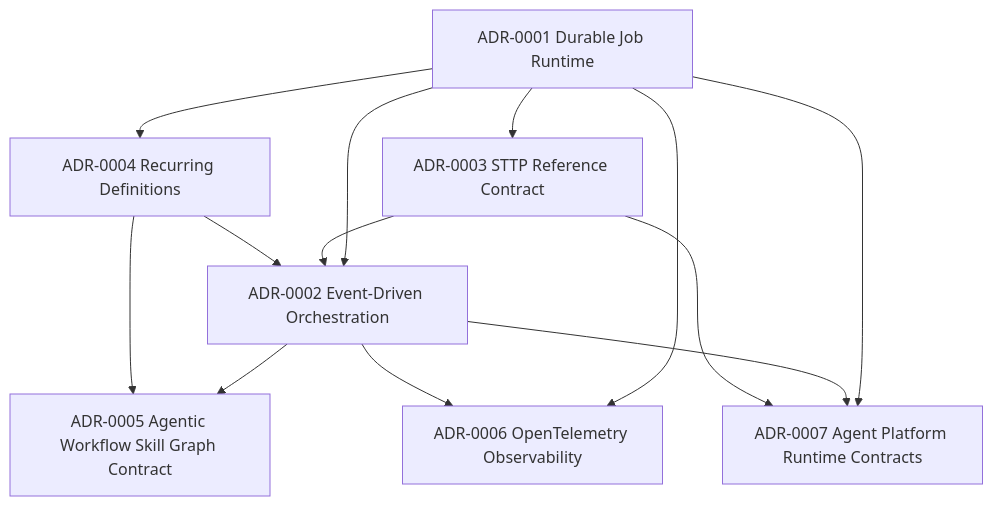
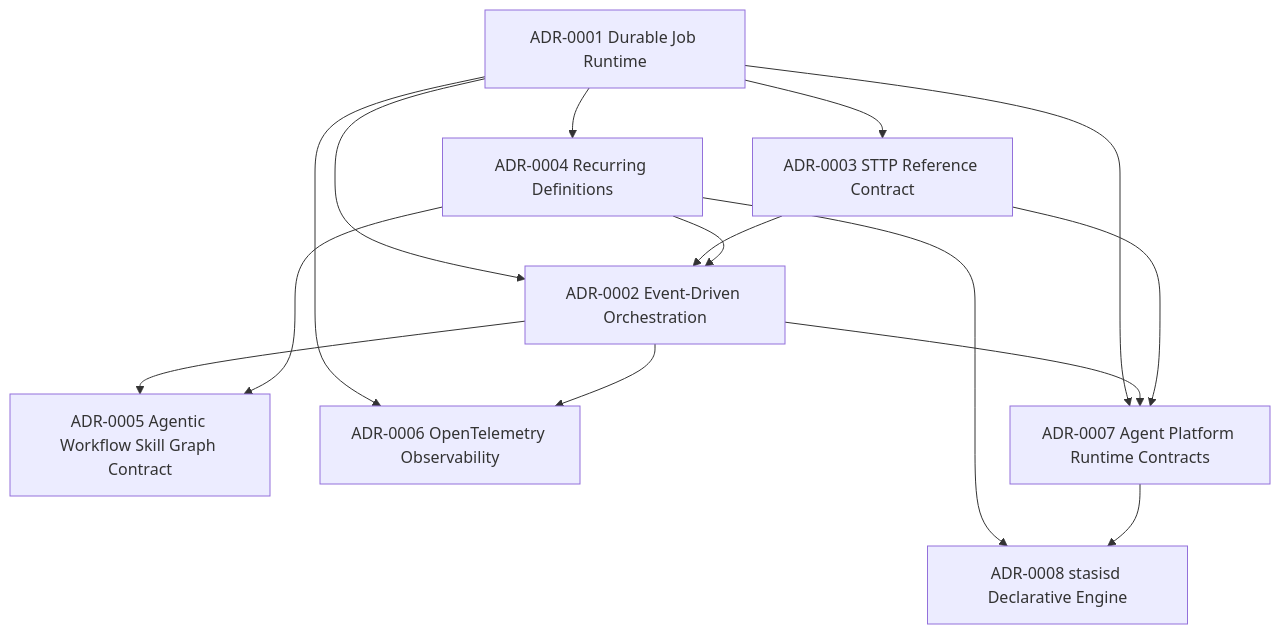
The diagram in docs-book/src/adr.md (EntasisLabs/stasis), drawn with Mermaid before and after one commit. The commit also changed other lines of this file and 7 other files, not shown here.

First line of the commit message:
docs: propose stasisd declarative engine (ADR-0008)

````diff
--- a/docs-book/src/adr.md
+++ b/docs-book/src/adr.md
@@ -33,15 +36,17 @@
 ```mermaid
 flowchart TD
   A1[ADR-0001 Durable Job Runtime] --> A2[ADR-0002 Event-Driven Orchestration]
   A1 --> A3[ADR-0003 STTP Reference Contract]
   A1 --> A4[ADR-0004 Recurring Definitions]
   A2 --> A5[ADR-0005 Agentic Workflow Skill Graph Contract]
   A4 --> A5
   A3 --> A2
   A4 --> A2
   A1 --> A6[ADR-0006 OpenTelemetry Observability]
   A2 --> A6
   A1 --> A7[ADR-0007 Agent Platform Runtime Contracts]
   A2 --> A7
   A3 --> A7
+  A4 --> A8[ADR-0008 stasisd Declarative Engine]
+  A7 --> A8
 ```
````
